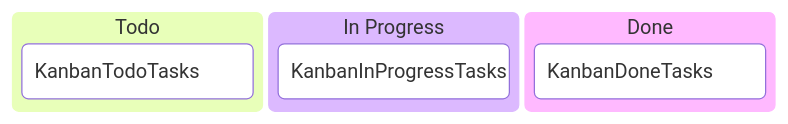
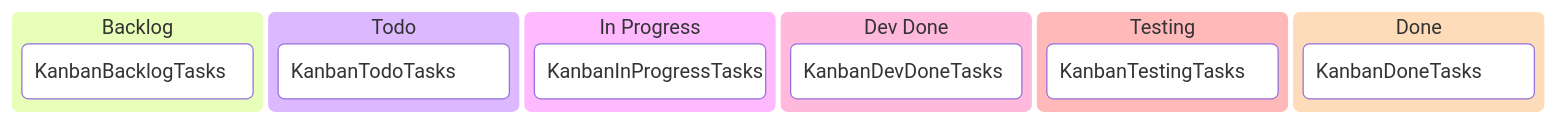
One commit to Interstellar-code/taskheromd changed the first of 2 diagrams in project templates/plan-template.md. Above: the diagram before and after it, drawn with Mermaid. The commit also changed other lines of this file and 7 other files, not shown here.

````diff
--- a/project templates/plan-template.md
+++ b/project templates/plan-template.md
@@ -13,14 +16,20 @@
 ```mermaid
 ---
 config:
   kanban:
     ticketBaseUrl: 'https://project.atlassian.net/browse/#TICKET#'
 ---
 kanban
+  [Backlog]
+    {{KanbanBacklogTasks}}
   Todo
     {{KanbanTodoTasks}}
   [In Progress]
     {{KanbanInProgressTasks}}
+  [Dev Done]
+    {{KanbanDevDoneTasks}}
+  [Testing]
+    {{KanbanTestingTasks}}
   [Done]
     {{KanbanDoneTasks}}
 ```
````
